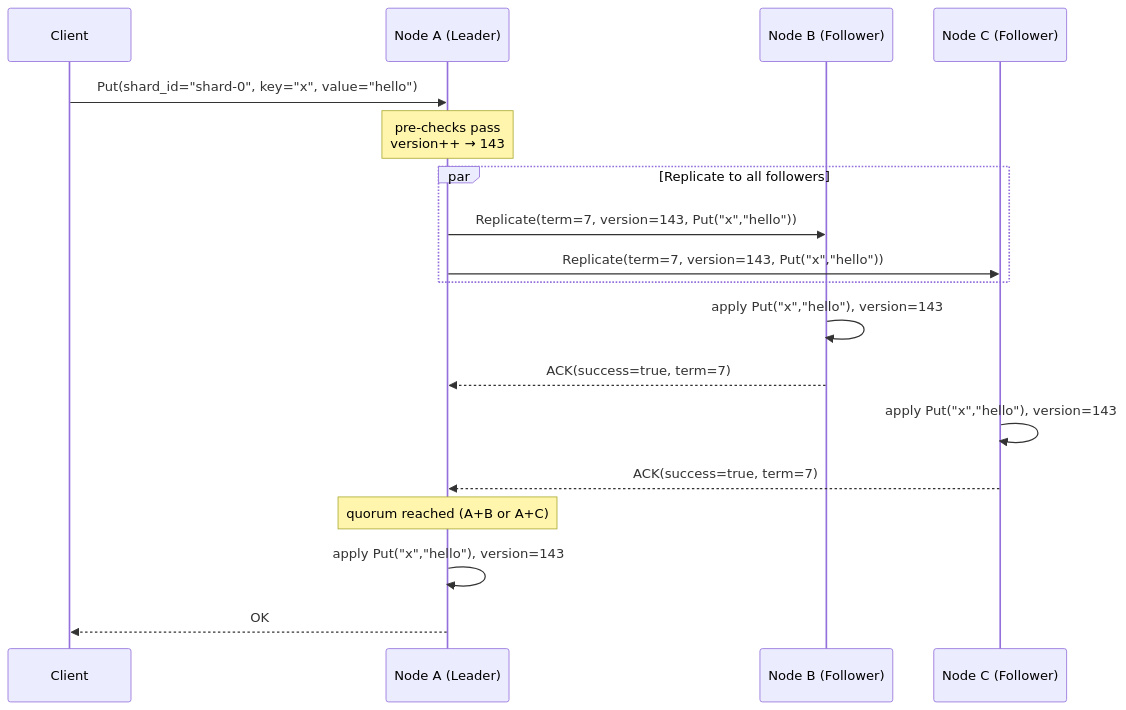
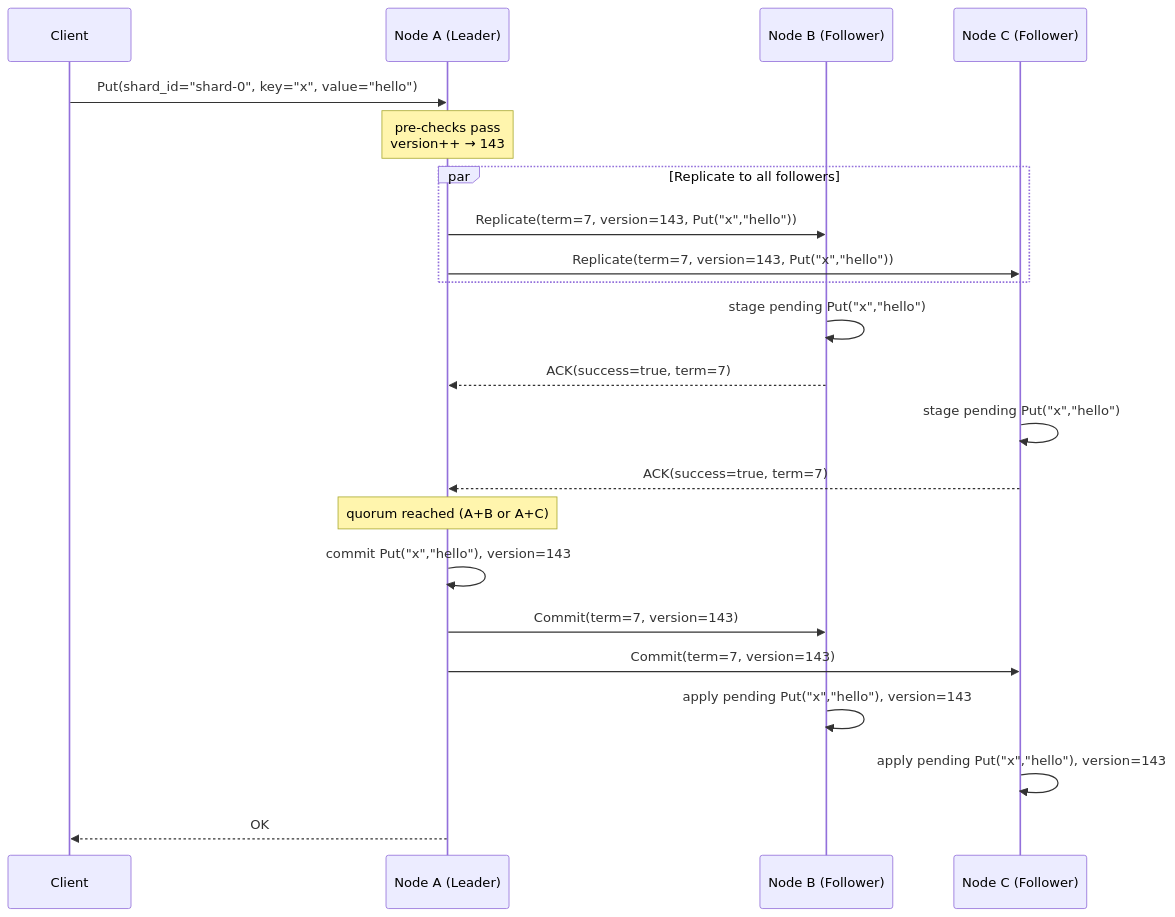
Before and after one commit to davecarr1024/doki: the first of 9 diagrams in docs/replication.md, drawn with Mermaid. The commit also changed other lines of this file and 1 other file, not shown here.

Commit message:
Document append/commit replication

````diff
--- a/docs/replication.md
+++ b/docs/replication.md
@@ -36,26 +37,30 @@
 ```mermaid
 sequenceDiagram
     participant CL as Client
     participant A as Node A (Leader)
     participant B as Node B (Follower)
     participant C as Node C (Follower)
 
     CL->>A: Put(shard_id="shard-0", key="x", value="hello")
 
     note over A: pre-checks pass<br/>version++ → 143
 
     par Replicate to all followers
         A->>B: Replicate(term=7, version=143, Put("x","hello"))
         A->>C: Replicate(term=7, version=143, Put("x","hello"))
     end
 
-    B->>B: apply Put("x","hello"), version=143
+    B->>B: stage pending Put("x","hello")
     B-->>A: ACK(success=true, term=7)
 
-    C->>C: apply Put("x","hello"), version=143
+    C->>C: stage pending Put("x","hello")
     C-->>A: ACK(success=true, term=7)
 
     note over A: quorum reached (A+B or A+C)
-    A->>A: apply Put("x","hello"), version=143
+    A->>A: commit Put("x","hello"), version=143
+    A->>B: Commit(term=7, version=143)
+    A->>C: Commit(term=7, version=143)
+    B->>B: apply pending Put("x","hello"), version=143
+    C->>C: apply pending Put("x","hello"), version=143
     A-->>CL: OK
 ```
````
